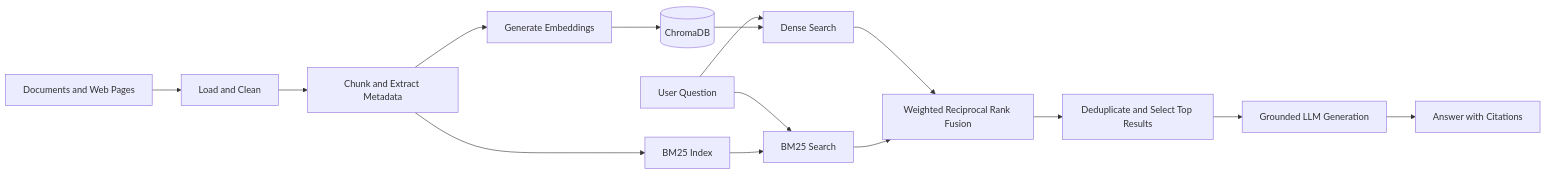
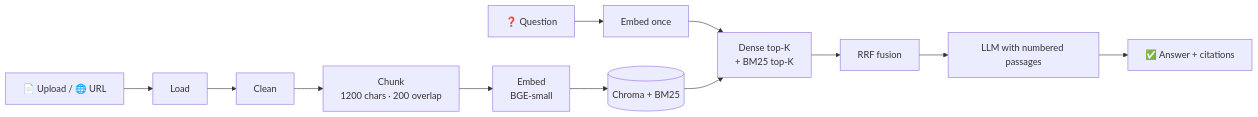
The second of 2 diagrams in README.md (HosseinHeydari2004/TeamDocs-AI), drawn with Mermaid before and after one commit. The commit also changed other lines of this file, not shown here.

````diff
--- a/README.md
+++ b/README.md
@@ -125,19 +193,14 @@
 ```mermaid
 flowchart LR
-    A["Documents and Web Pages"] --> B["Load and Clean"]
-    B --> C["Chunk and Extract Metadata"]
-    C --> D["Generate Embeddings"]
-    D --> E[("ChromaDB")]
-    C --> F["BM25 Index"]
-
-    Q["User Question"] --> G["Dense Search"]
-    Q --> H["BM25 Search"]
-    E --> G
-    F --> H
-
-    G --> I["Weighted Reciprocal Rank Fusion"]
-    H --> I
-    I --> J["Deduplicate and Select Top Results"]
-    J --> K["Grounded LLM Generation"]
-    K --> L["Answer with Citations"]
+  A[📄 Upload / 🌐 URL] --> B[Load]
+  B --> C[Clean]
+  C --> D[Chunk<br/>1200 chars · 200 overlap]
+  D --> E[Embed<br/>BGE-small]
+  E --> F[(Chroma + BM25)]
+  Q[❓ Question] --> G[Embed once]
+  G --> H[Dense top-K<br/>+ BM25 top-K]
+  F --> H
+  H --> I[RRF fusion]
+  I --> J[LLM with numbered passages]
+  J --> K[✅ Answer + citations]
 ```
````
